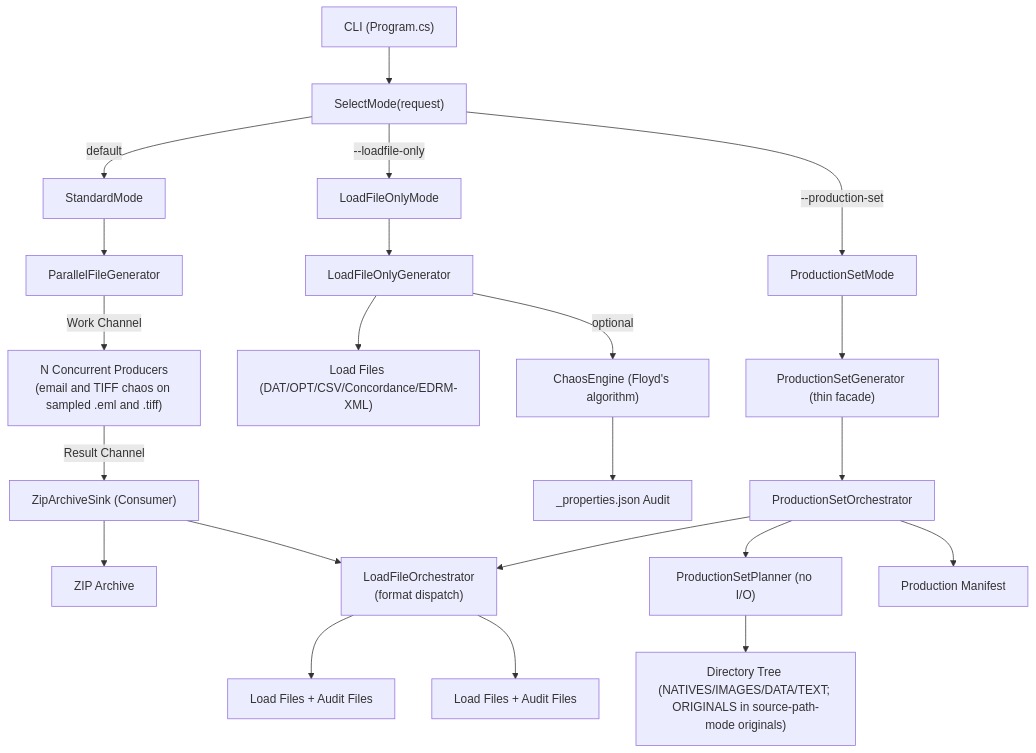
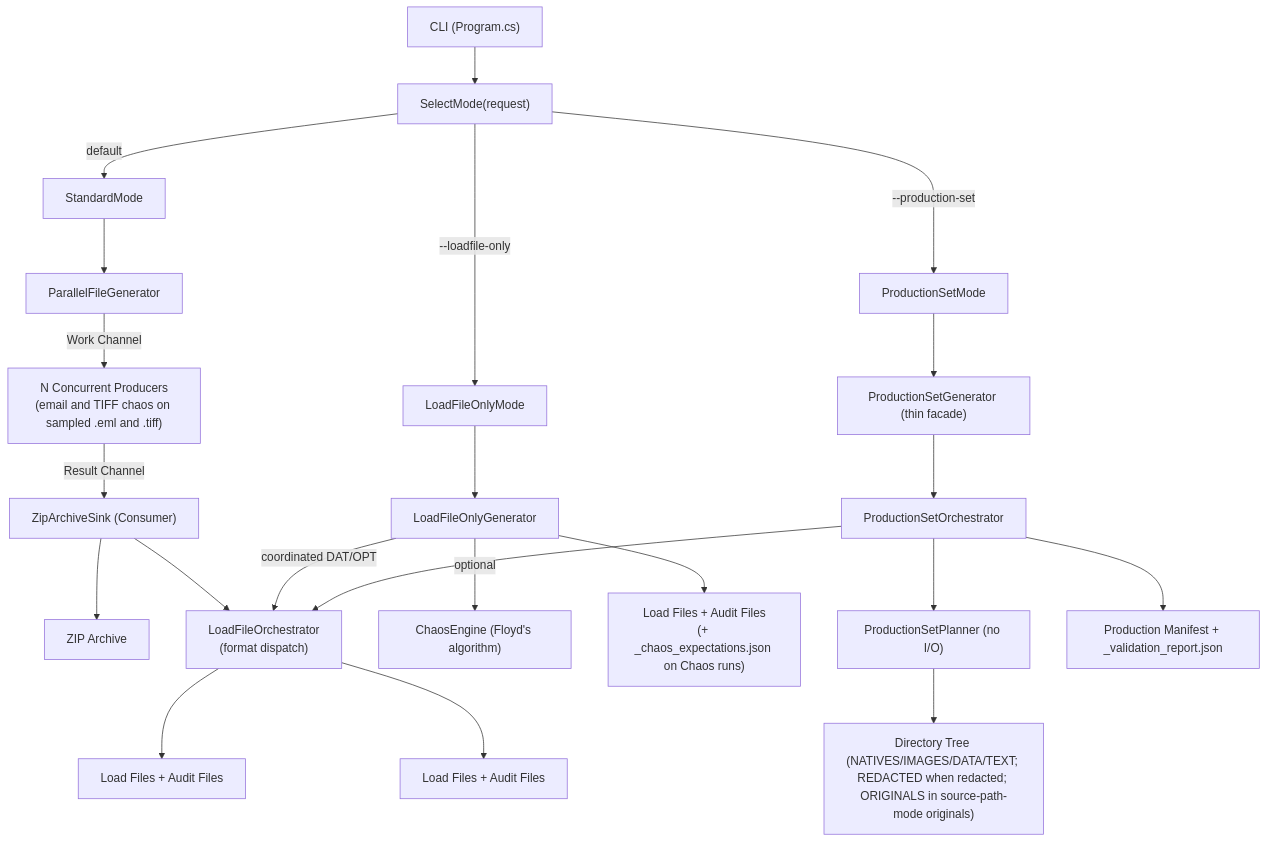
The first of 3 diagrams in docs/architecture.md (dwojtaszek/zipper), drawn with Mermaid before and after one commit. The commit also changed other lines of this file and 2 other files, not shown here.

Commit message:
docs: align glossary, requirements, and architecture with implementation

````diff
--- a/docs/architecture.md
+++ b/docs/architecture.md
@@ -46,28 +46,28 @@
 ```mermaid
 graph TD
     CLI["CLI (Program.cs)"]
     CLI --> SelectMode["SelectMode(request)"]
     SelectMode -->|"default"| StandardMode["StandardMode"]
     SelectMode -->|"--loadfile-only"| LoadFileOnlyMode["LoadFileOnlyMode"]
     SelectMode -->|"--production-set"| ProductionSetMode["ProductionSetMode"]
 
     StandardMode --> PFG["ParallelFileGenerator"]
     PFG -->|"Work Channel"| Producers["N Concurrent Producers<br/>(email and TIFF chaos on sampled .eml and .tiff)"]
     Producers -->|"Result Channel"| ZAS["ZipArchiveSink (Consumer)"]
     ZAS --> ZIP["ZIP Archive"]
     ZAS --> LFO["LoadFileOrchestrator<br/>(format dispatch)"]
     LFO --> LF1["Load Files + Audit Files"]
 
     LoadFileOnlyMode --> LOG["LoadFileOnlyGenerator"]
-    LOG --> LF2["Load Files (DAT/OPT/CSV/Concordance/EDRM-XML)"]
     LOG -->|"optional"| Chaos["ChaosEngine (Floyd's algorithm)"]
-    Chaos --> Audit["_properties.json Audit"]
+    LOG --> LF2["Load Files + Audit Files<br/>(+ _chaos_expectations.json on Chaos runs)"]
+    LOG -->|"coordinated DAT/OPT"| LFO
 
     ProductionSetMode --> PSG["ProductionSetGenerator (thin facade)"]
     PSG --> PSO["ProductionSetOrchestrator"]
     PSO --> PSP["ProductionSetPlanner (no I/O)"]
-    PSP --> Tree["Directory Tree (NATIVES/IMAGES/DATA/TEXT; ORIGINALS in source-path-mode originals)"]
+    PSP --> Tree["Directory Tree (NATIVES/IMAGES/DATA/TEXT; REDACTED when redacted; ORIGINALS in source-path-mode originals)"]
     PSO --> LFO
     LFO --> LF3["Load Files + Audit Files"]
-    PSO --> Manifest["Production Manifest"]
+    PSO --> Manifest["Production Manifest + _validation_report.json"]
 ```
````
